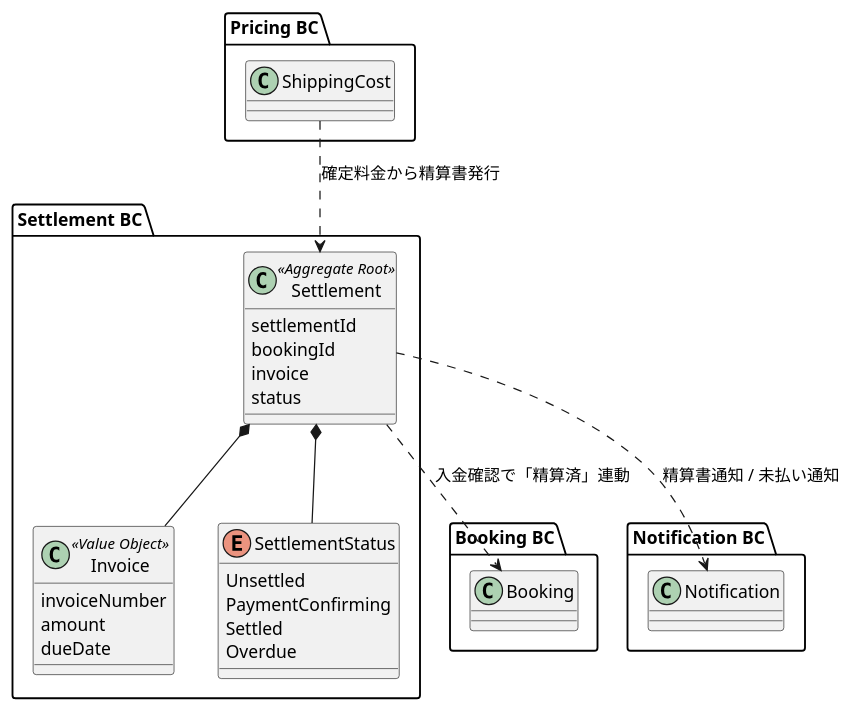
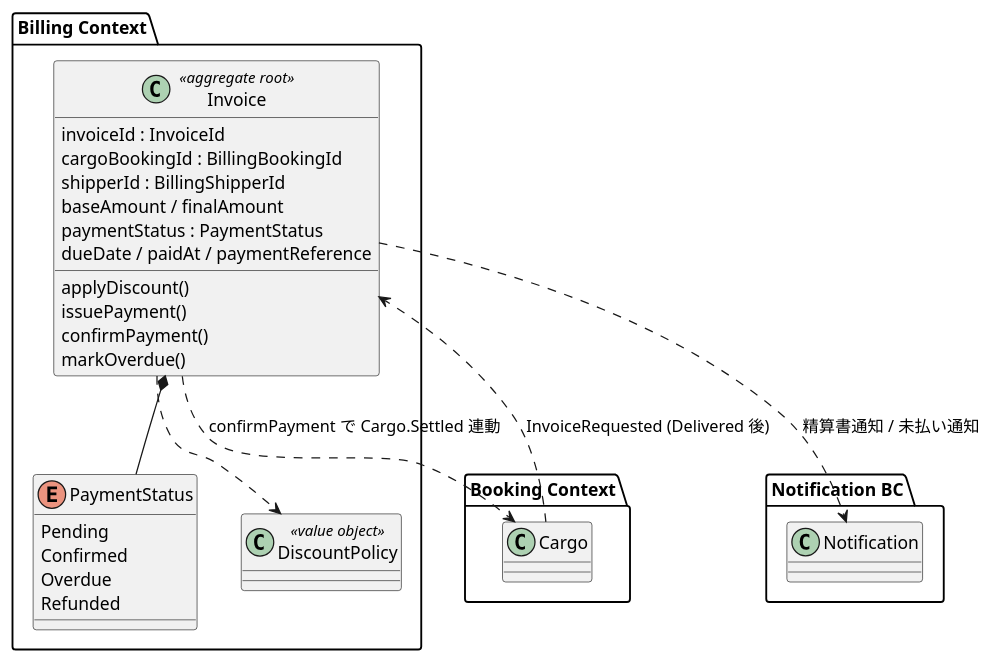
One commit to k2works/case-study-cargo-tracker changed the first of 2 diagrams in docs/development/iteration_plan-8.md. Above: the diagram before and after it, drawn with PlantUML. The commit also changed other lines of this file, not shown here.

Commit message:
docs(iteration_plan-8): 整合性検証の指摘を反映 (Settlement BC 案を既存 Billing Context/Invoice 集約・data-model/ui_design 準拠に修正)

````diff
--- a/docs/development/iteration_plan-8.md
+++ b/docs/development/iteration_plan-8.md
@@ -195,37 +197,36 @@
 ```plantuml
 @startuml
-package "Settlement BC" {
-  class Settlement <<Aggregate Root>> {
-    settlementId
-    bookingId
-    invoice
-    status
+package "Billing Context" {
+  class Invoice <<aggregate root>> {
+    invoiceId : InvoiceId
+    cargoBookingId : BillingBookingId
+    shipperId : BillingShipperId
+    baseAmount / finalAmount
+    paymentStatus : PaymentStatus
+    dueDate / paidAt / paymentReference
+    applyDiscount()
+    issuePayment()
+    confirmPayment()
+    markOverdue()
   }
-  class Invoice <<Value Object>> {
-    invoiceNumber
-    amount
-    dueDate
+  enum PaymentStatus {
+    Pending
+    Confirmed
+    Overdue
+    Refunded
   }
-  enum SettlementStatus {
-    Unsettled
-    PaymentConfirming
-    Settled
-    Overdue
-  }
-  Settlement *-- Invoice
-  Settlement *-- SettlementStatus
+  class DiscountPolicy <<value object>>
+  Invoice *-- PaymentStatus
+  Invoice ..> DiscountPolicy
 }
-package "Pricing BC" {
-  class ShippingCost
-}
-package "Booking BC" {
-  class Booking
+package "Booking Context" {
+  class Cargo
 }
 package "Notification BC" {
   class Notification
 }
-ShippingCost ..> Settlement : 確定料金から精算書発行
-Settlement ..> Booking : 入金確認で「精算済」連動
-Settlement ..> Notification : 精算書通知 / 未払い通知
+Cargo ..> Invoice : InvoiceRequested (Delivered 後)
+Invoice ..> Cargo : confirmPayment で Cargo.Settled 連動
+Invoice ..> Notification : 精算書通知 / 未払い通知
 @enduml
 ```
````
